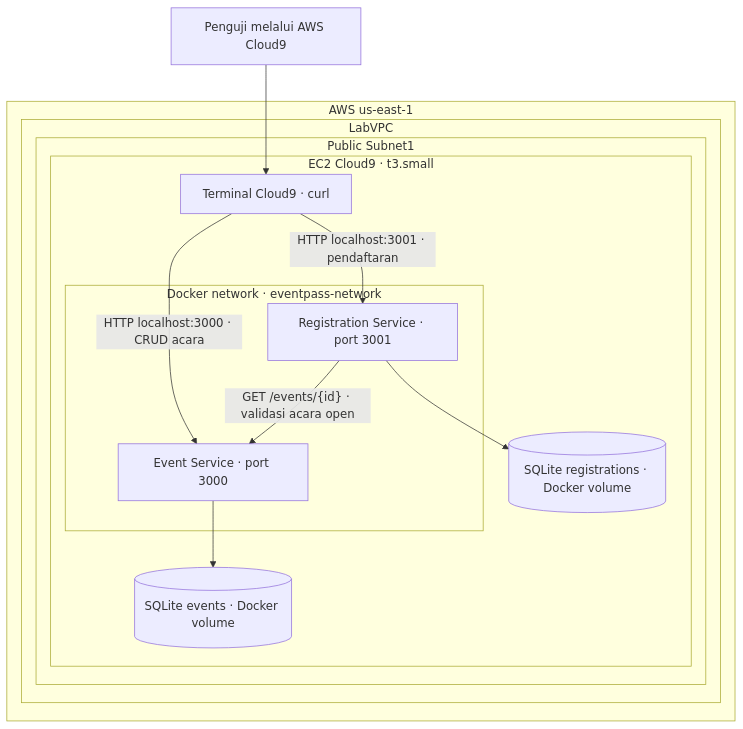
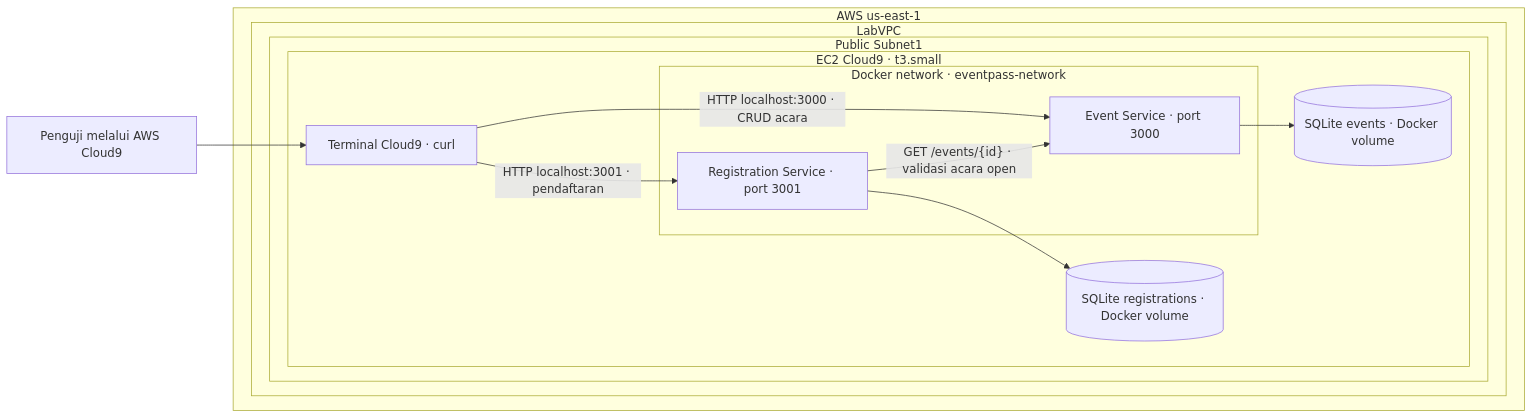
Before and after one commit to arinevangelicaa/EventPass: the first of 2 diagrams in docs/architecture.md, drawn with Mermaid. The commit also changed other lines of this file, not shown here.

Commit message:
Improve architecture diagram layout

````diff
--- a/docs/architecture.md
+++ b/docs/architecture.md
@@ -9,25 +9,29 @@
 ```mermaid
-flowchart TD
+flowchart LR
     user["Penguji melalui AWS Cloud9"]
+
     subgraph aws["AWS us-east-1"]
         subgraph vpc["LabVPC"]
             subgraph subnet["Public Subnet1"]
                 subgraph ec2["EC2 Cloud9 · t3.small"]
                     terminal["Terminal Cloud9 · curl"]
+
                     subgraph network["Docker network · eventpass-network"]
+                        registration["Registration Service · port 3001"]
                         event["Event Service · port 3000"]
-                        registration["Registration Service · port 3001"]
                     end
+
+                    registrationdb[("SQLite registrations · Docker volume")]
                     eventdb[("SQLite events · Docker volume")]
-                    registrationdb[("SQLite registrations · Docker volume")]
                 end
             end
         end
     end
+
     user --> terminal
+    terminal -->|"HTTP localhost:3001 · pendaftaran"| registration
     terminal -->|"HTTP localhost:3000 · CRUD acara"| event
-    terminal -->|"HTTP localhost:3001 · pendaftaran"| registration
     registration -->|"GET /events/{id} · validasi acara open"| event
+    registration --> registrationdb
     event --> eventdb
-    registration --> registrationdb
 ```
````
